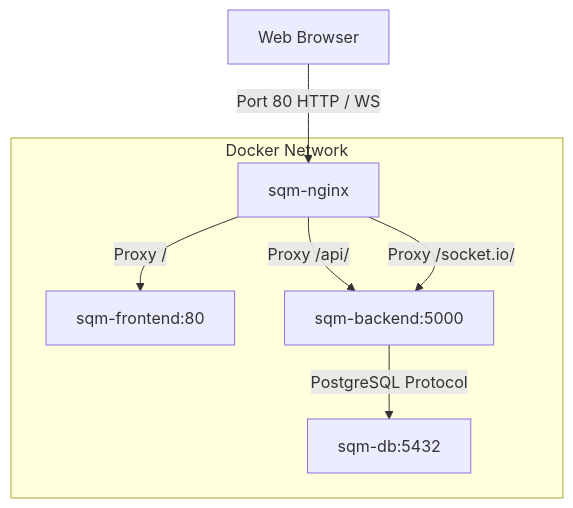
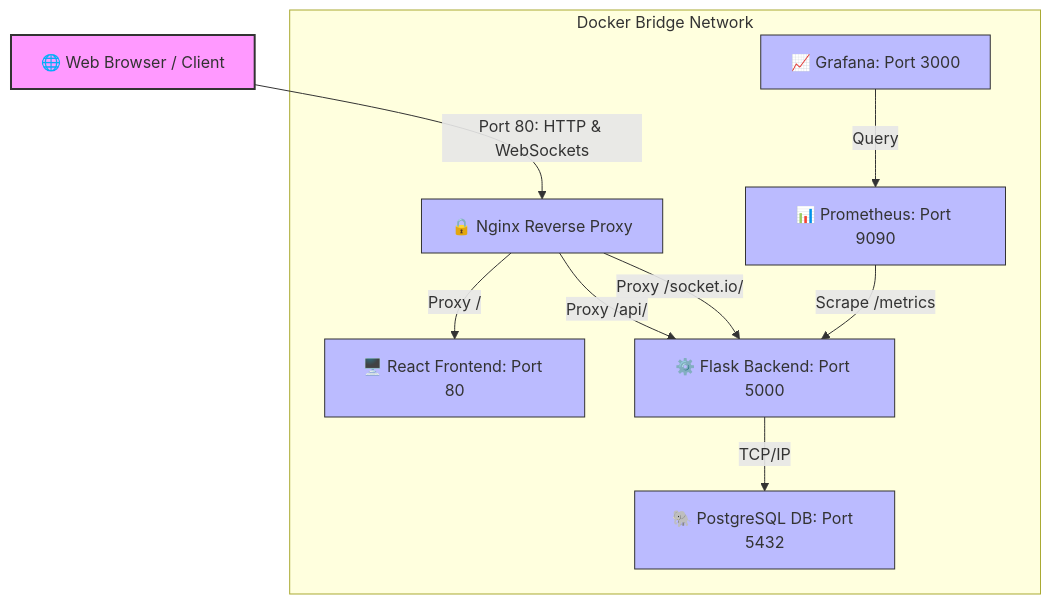
Before and after one commit to prakash200627/smart-queue-manager: the diagram in README.md, drawn with Mermaid. The commit also changed other lines of this file, not shown here.

````diff
--- a/README.md
+++ b/README.md
@@ -113,10 +19,19 @@
 ```mermaid
 graph TD
-    Client[Web Browser] -->|Port 80 HTTP / WS| Nginx[sqm-nginx]
-    subgraph Docker Network
-        Nginx -->|Proxy /| FE[sqm-frontend:80]
-        Nginx -->|Proxy /api/| BE[sqm-backend:5000]
-        Nginx -->|Proxy /socket.io/| BE[sqm-backend:5000]
-        BE -->|PostgreSQL Protocol| DB[sqm-db:5432]
+    Client[🌐 Web Browser / Client] -->|Port 80: HTTP & WebSockets| Nginx[🔒 Nginx Reverse Proxy]
+    
+    subgraph Docker Bridge Network
+        Nginx -->|Proxy /| FE[🖥️ React Frontend: Port 80]
+        Nginx -->|Proxy /api/| BE[⚙️ Flask Backend: Port 5000]
+        Nginx -->|Proxy /socket.io/| BE[⚙️ Flask Backend: Port 5000]
+        BE -->|TCP/IP| DB[🐘 PostgreSQL DB: Port 5432]
+        
+        Prom[📊 Prometheus: Port 9090] -->|Scrape /metrics| BE
+        Graf[📈 Grafana: Port 3000] -->|Query| Prom
     end
+    
+    classDef external fill:#f9f,stroke:#333,stroke-width:2px;
+    classDef container fill:#bbf,stroke:#333,stroke-width:1px;
+    class Client external;
+    class Nginx,FE,BE,DB,Prom,Graf container;
 ```
````
